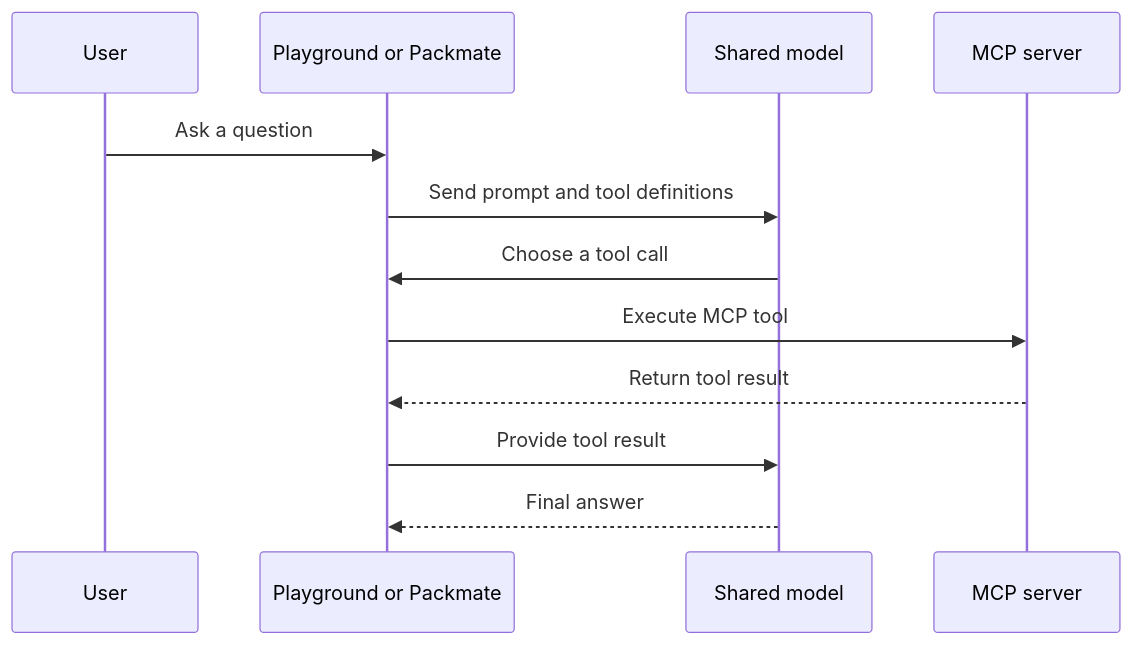
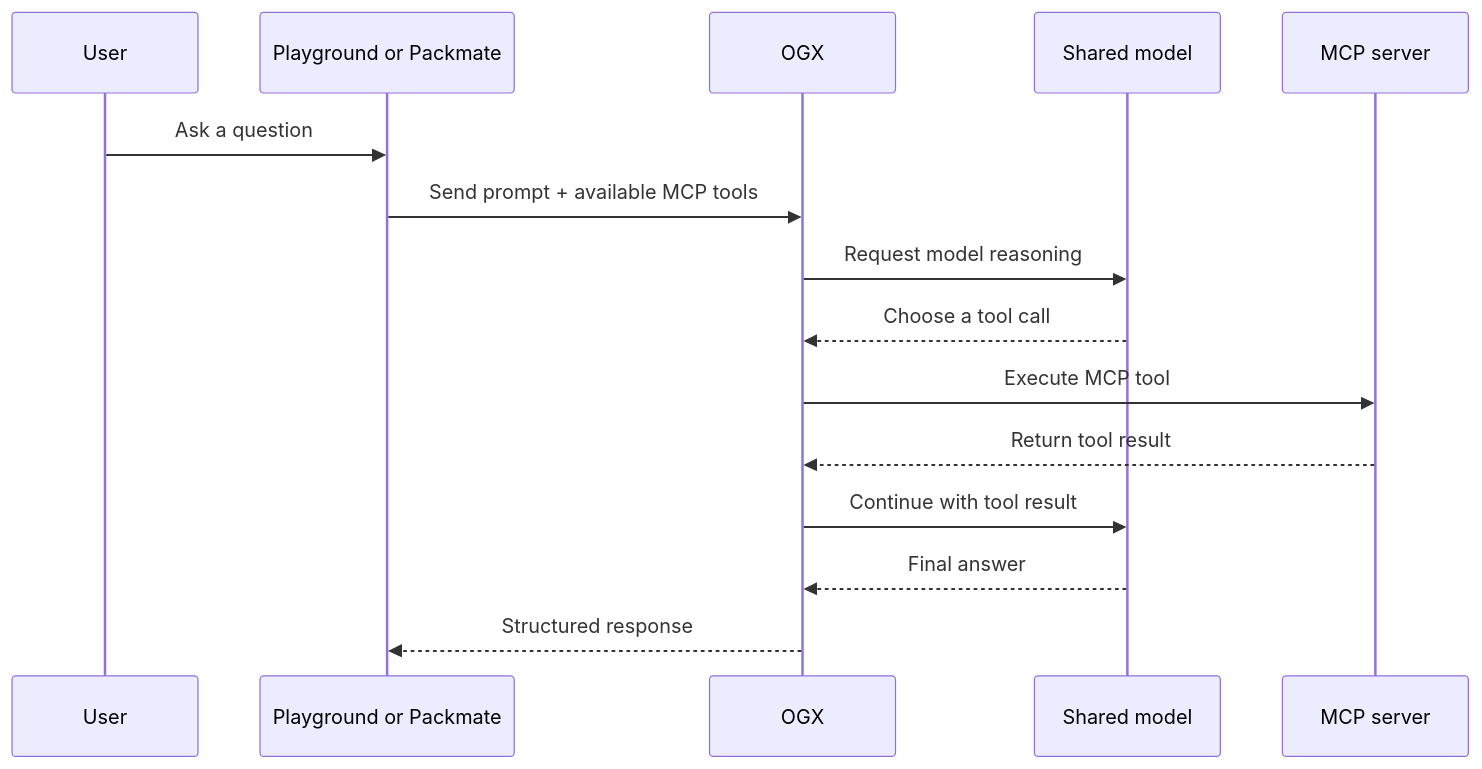
One commit to Lindagh1/packmate-rhoai-35-workshop changed the third of 7 diagrams in workshop/ARCHITECTURE.md. Above: the diagram before and after it, drawn with Mermaid. The commit also changed other lines of this file and 14 other files, not shown here.

````diff
--- a/workshop/ARCHITECTURE.md
+++ b/workshop/ARCHITECTURE.md
@@ -63,15 +64,18 @@
 ```mermaid
 sequenceDiagram
   participant U as User
   participant P as Playground or Packmate
+  participant O as OGX
   participant M as Shared model
   participant T as MCP server
 
   U->>P: Ask a question
-  P->>M: Send prompt and tool definitions
-  M->>P: Choose a tool call
-  P->>T: Execute MCP tool
-  T-->>P: Return tool result
-  P->>M: Provide tool result
-  M-->>P: Final answer
+  P->>O: Send prompt + available MCP tools
+  O->>M: Request model reasoning
+  M-->>O: Choose a tool call
+  O->>T: Execute MCP tool
+  T-->>O: Return tool result
+  O->>M: Continue with tool result
+  M-->>O: Final answer
+  O-->>P: Structured response
 ```
````
